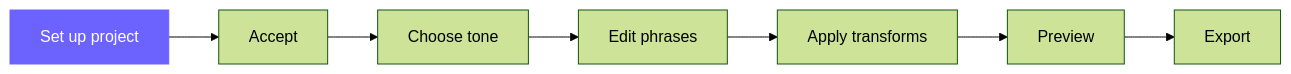
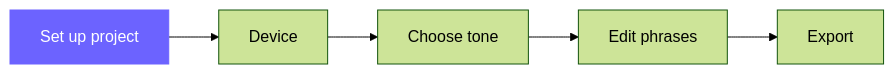
The first of 5 diagrams in docs/guide/_journey-map.md (liquid-releasing/funscriptforge), drawn with Mermaid (forest theme) before and after one commit. The commit also changed other lines of this file and 3 other files, not shown here.

First line of the commit message:
docs: update user guide, architecture, journey map, backlog

````diff
--- a/docs/guide/_journey-map.md
+++ b/docs/guide/_journey-map.md
@@ -21,10 +20,8 @@
 ```mermaid
 flowchart LR
-    A[Set up project]:::here --> B[Accept]
+    A[Set up project]:::here --> B[Device]
     B --> C[Choose tone]
     C --> D[Edit phrases]
-    D --> E[Apply transforms]
-    E --> F[Preview]
-    F --> G[Export]
+    D --> E[Export]
     classDef here fill:#6c63ff,color:#fff,stroke:#6c63ff
 ```
````
